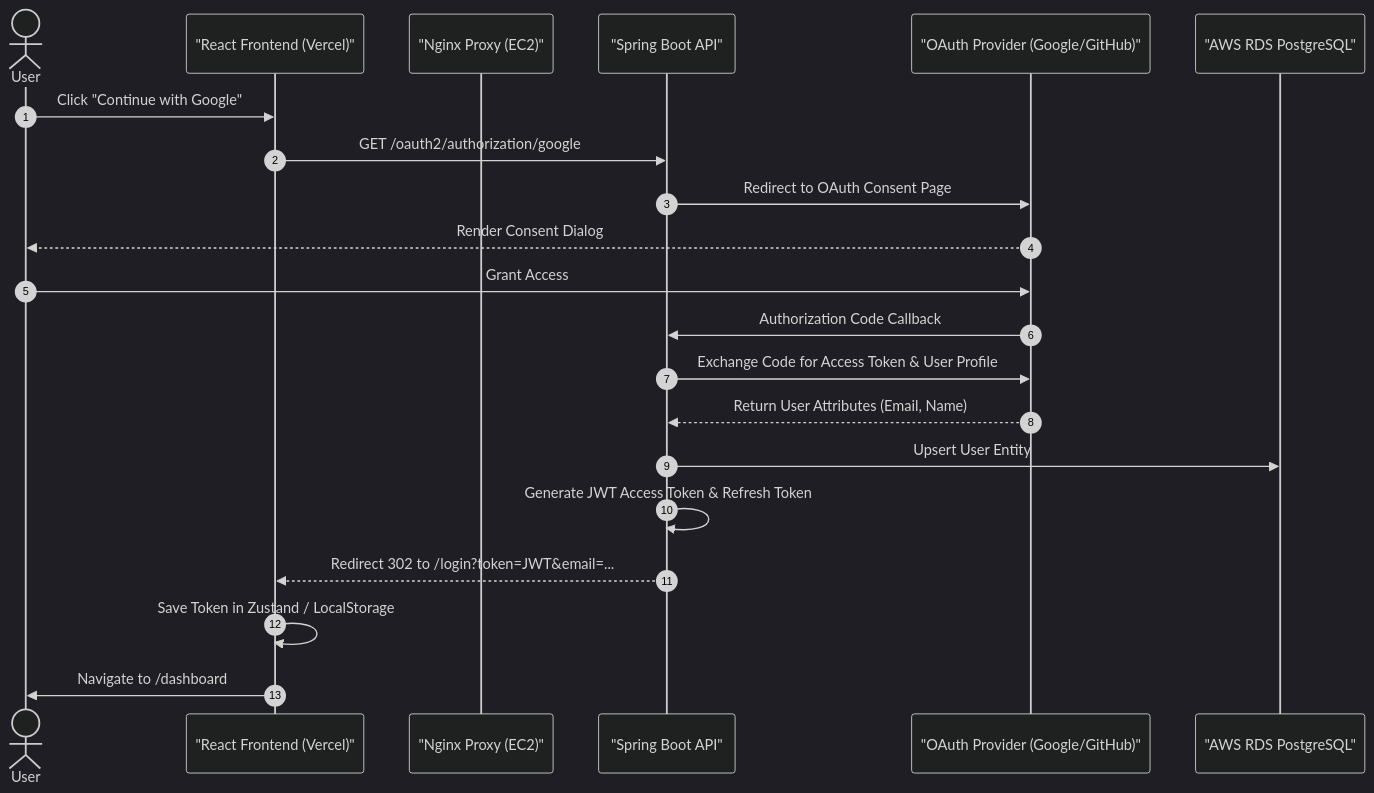
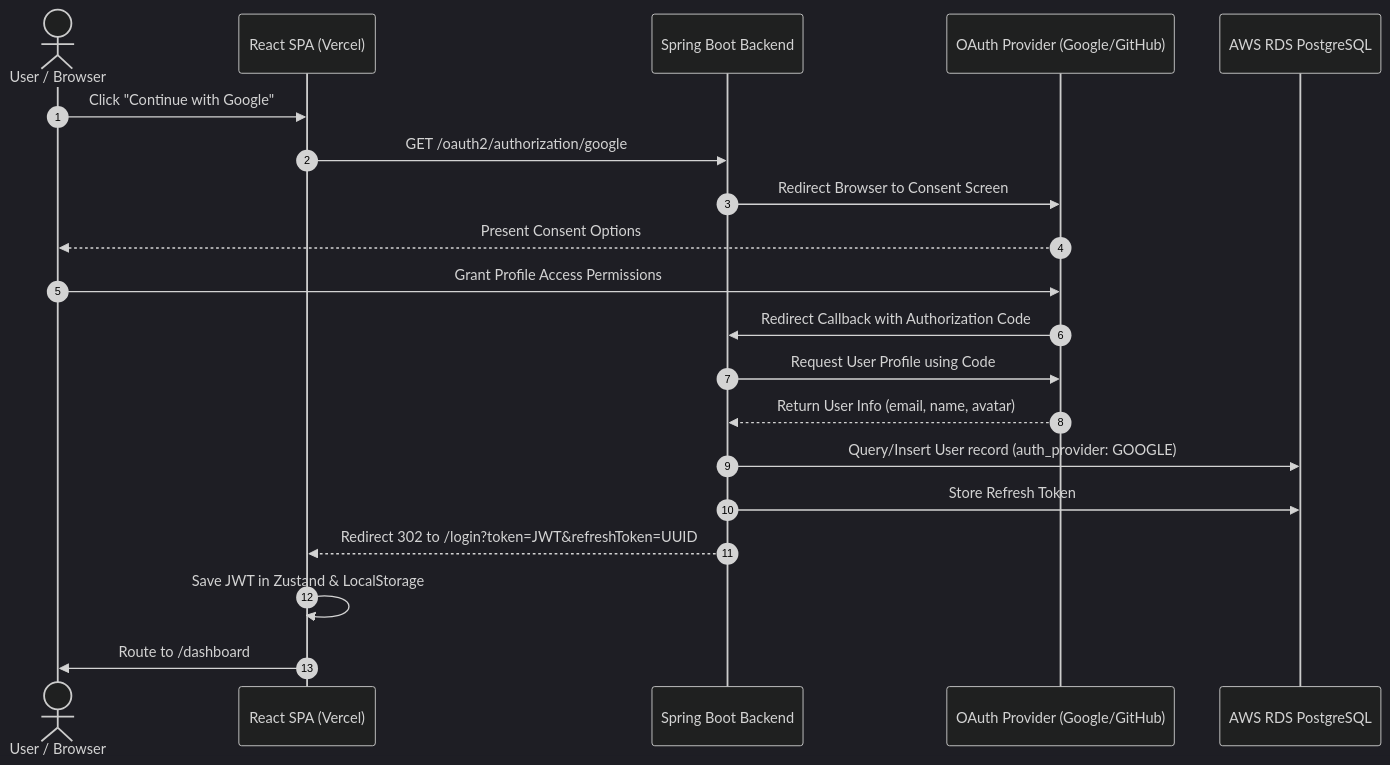
One commit to vaibhv19/Trajectory changed the second of 3 diagrams in Docs/App Flow.md. Above: the diagram before and after it, drawn with Mermaid (dark theme). The commit also changed other lines of this file and 31 other files, not shown here.

````diff
--- a/Docs/App Flow.md
+++ b/Docs/App Flow.md
@@ -26,24 +62,23 @@
 ```mermaid
 sequenceDiagram
     autonumber
-    actor User
-    participant SPA as "React Frontend (Vercel)"
-    participant Nginx as "Nginx Proxy (EC2)"
-    participant API as "Spring Boot API"
-    participant Provider as "OAuth Provider (Google/GitHub)"
-    participant DB as "AWS RDS PostgreSQL"
+    actor User as User / Browser
+    participant SPA as React SPA (Vercel)
+    participant API as Spring Boot Backend
+    participant Auth as OAuth Provider (Google/GitHub)
+    participant DB as AWS RDS PostgreSQL
 
     User->>SPA: Click "Continue with Google"
     SPA->>API: GET /oauth2/authorization/google
-    API->>Provider: Redirect to OAuth Consent Page
-    Provider-->>User: Render Consent Dialog
-    User->>Provider: Grant Access
-    Provider->>API: Authorization Code Callback
-    API->>Provider: Exchange Code for Access Token & User Profile
-    Provider-->>API: Return User Attributes (Email, Name)
-    API->>DB: Upsert User Entity
-    API->>API: Generate JWT Access Token & Refresh Token
-    API-->>SPA: Redirect 302 to /login?token=JWT&email=...
-    SPA->>SPA: Save Token in Zustand / LocalStorage
-    SPA->>User: Navigate to /dashboard
+    API->>Auth: Redirect Browser to Consent Screen
+    Auth-->>User: Present Consent Options
+    User->>Auth: Grant Profile Access Permissions
+    Auth->>API: Redirect Callback with Authorization Code
+    API->>Auth: Request User Profile using Code
+    Auth-->>API: Return User Info (email, name, avatar)
+    API->>DB: Query/Insert User record (auth_provider: GOOGLE)
+    API->>DB: Store Refresh Token
+    API-->>SPA: Redirect 302 to /login?token=JWT&refreshToken=UUID
+    SPA->>SPA: Save JWT in Zustand & LocalStorage
+    SPA->>User: Route to /dashboard
 ```
````
